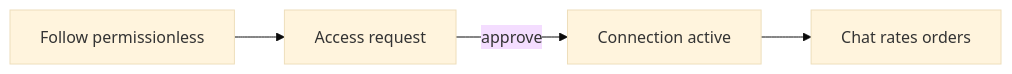
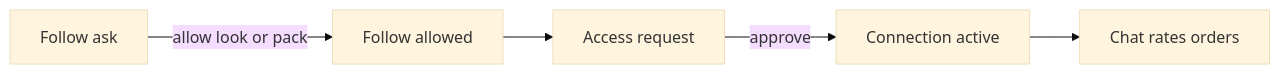
One commit to palak-shah/Ekum changed the diagram in docs/features/00-concepts.md. Above: the diagram before and after it, drawn with Mermaid (base theme). The commit also changed other lines of this file and 457 other files, not shown here.

````diff
--- a/docs/features/00-concepts.md
+++ b/docs/features/00-concepts.md
@@ -50,10 +57,12 @@
 ```mermaid
 flowchart LR
-  follow[Follow permissionless]
+  followAsk[Follow ask]
+  followAllow[Follow allowed]
   access[Access request]
   connection[Connection active]
   trade[Chat rates orders]
-  follow --> access
+  followAsk -->|allow look or pack| followAllow
+  followAllow --> access
   access -->|approve| connection
   connection --> trade
 ```
````
